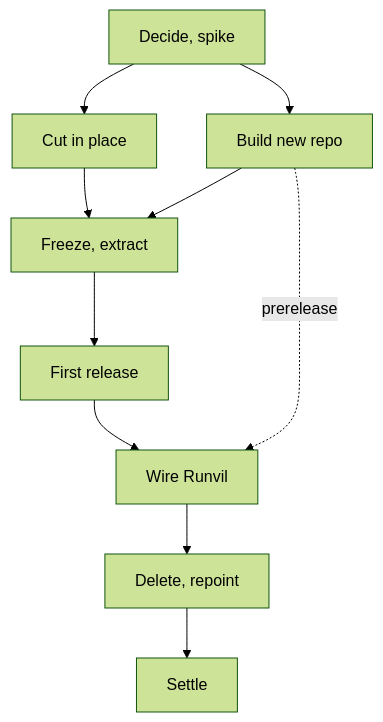
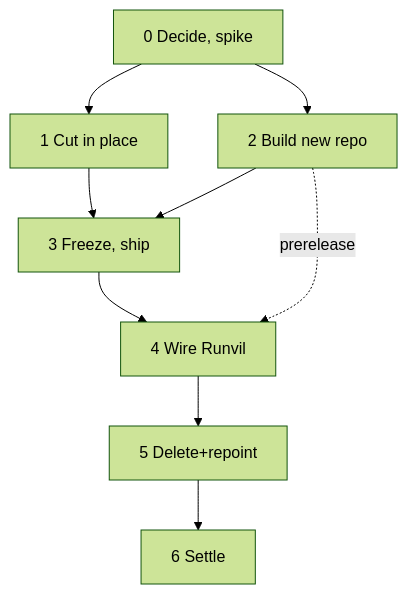
The second of 2 diagrams in research/2026-10-28-split-report-gateway-repo.md (cppalliance/runvil-design), drawn with Mermaid (forest theme) before and after one commit. The commit also changed other lines of this file, not shown here.

````diff
--- a/research/2026-10-28-split-report-gateway-repo.md
+++ b/research/2026-10-28-split-report-gateway-repo.md
@@ -1185,12 +1246,11 @@
 ```mermaid
 flowchart TD
-  P0[Decide, spike] --> P1[Cut in place]
-  P0 --> P2[Build new repo]
-  P1 --> P3[Freeze, extract]
-  P2 --> P3
-  P3 --> P4[First release]
-  P4 --> P5[Wire Runvil]
-  P2 -.->|prerelease| P5
-  P5 --> P6[Delete, repoint]
-  P6 --> P7[Settle]
+  S0[0 Decide, spike] --> S1[1 Cut in place]
+  S0 --> S2[2 Build new repo]
+  S1 --> S3[3 Freeze, ship]
+  S2 --> S3
+  S3 --> S4[4 Wire Runvil]
+  S2 -.->|prerelease| S4
+  S4 --> S5[5 Delete+repoint]
+  S5 --> S6[6 Settle]
 ```
````
